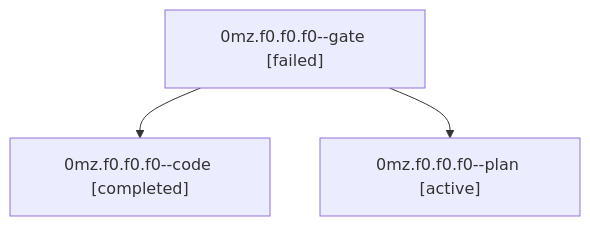
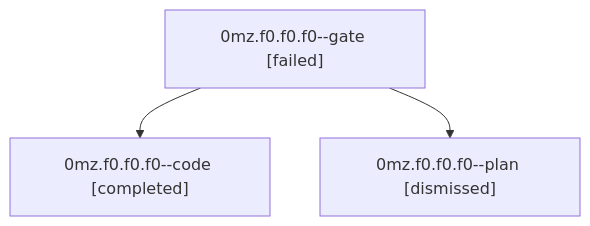
The diagram in sessions/bbugyi200.athena.0mz.f0.f0.f0.md (bobs-org/bob-cli--agents), drawn with Mermaid before and after one commit. The commit also changed other lines of this file and 33 other files, not shown here.

````diff
--- a/sessions/bbugyi200.athena.0mz.f0.f0.f0.md
+++ b/sessions/bbugyi200.athena.0mz.f0.f0.f0.md
@@ -9,8 +9,8 @@
 ```mermaid
 flowchart TD
   n0["0mz.f0.f0.f0--gate [failed]"]
   n1["0mz.f0.f0.f0--code [completed]"]
   n0 --> n1
-  n2["0mz.f0.f0.f0--plan [active]"]
+  n2["0mz.f0.f0.f0--plan [dismissed]"]
   n0 --> n2
 ```
````
